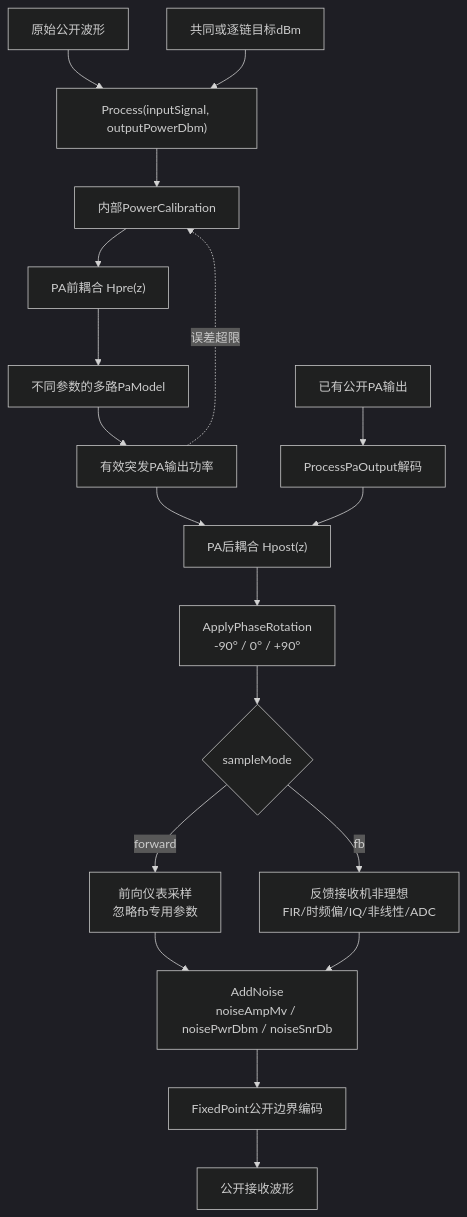
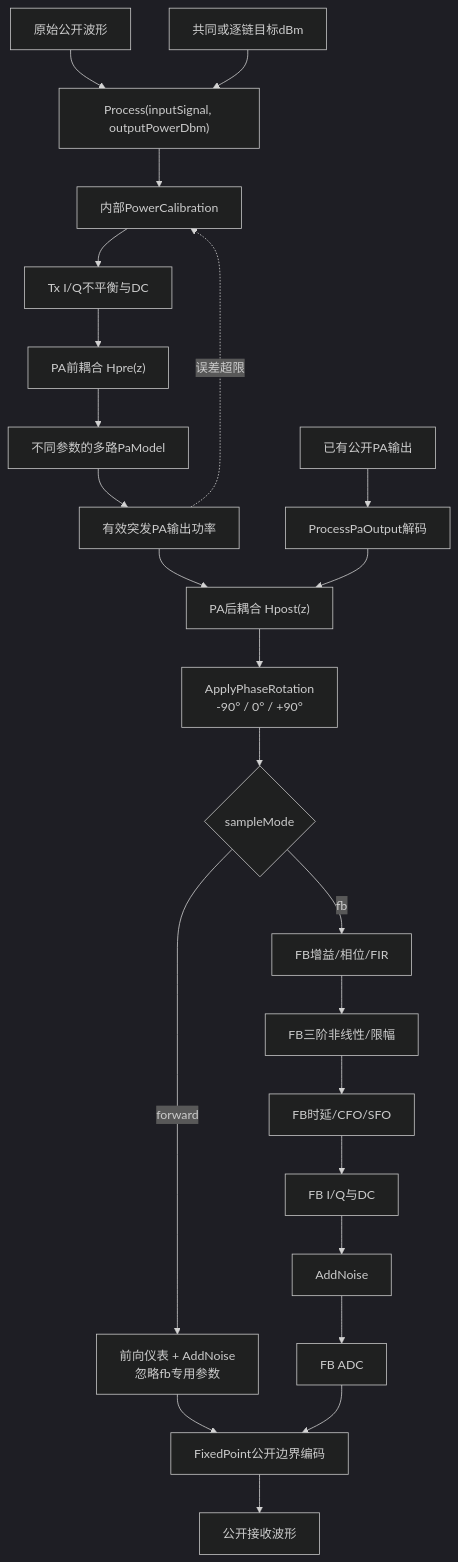
One commit to niyilu45/DPD_ILC changed diagram 12 of 20 in README.md. Above: the diagram before and after it, drawn with Mermaid (dark theme). The commit also changed other lines of this file and 8 other files, not shown here.

````diff
--- a/README.md
+++ b/README.md
@@ -581,21 +584,26 @@
 ```mermaid
 flowchart TD
     raw["原始公开波形"] --> process["Process(inputSignal, outputPowerDbm)"]
     target["共同或逐链目标dBm"] --> process
     process --> calibration["内部PowerCalibration"]
-    calibration --> pre["PA前耦合 Hpre(z)"]
+    calibration --> txIq["Tx I/Q不平衡与DC"]
+    txIq --> pre["PA前耦合 Hpre(z)"]
     pre --> pa["不同参数的多路PaModel"]
     pa --> detector["有效突发PA输出功率"]
     detector -. "误差超限" .-> calibration
     detector --> post["PA后耦合 Hpost(z)"]
     post --> phase["ApplyPhaseRotation<br/>-90° / 0° / +90°"]
     phase --> mode{"sampleMode"}
-    mode -->|forward| forward["前向仪表采样<br/>忽略fb专用参数"]
-    mode -->|fb| feedback["反馈接收机非理想<br/>FIR/时频偏/IQ/非线性/ADC"]
-    forward --> noise["AddNoise<br/>noiseAmpMv / noisePwrDbm / noiseSnrDb"]
-    feedback --> noise
-    noise --> encode["FixedPoint公开边界编码"]
+    mode -->|forward| forwardNoise["前向仪表 + AddNoise<br/>忽略fb专用参数"]
+    mode -->|fb| fbLinear["FB增益/相位/FIR"]
+    fbLinear --> fbNonlinear["FB三阶非线性/限幅"]
+    fbNonlinear --> fbSync["FB时延/CFO/SFO"]
+    fbSync --> fbIq["FB I/Q与DC"]
+    fbIq --> fbNoise["AddNoise"]
+    fbNoise --> fbAdc["FB ADC"]
+    forwardNoise --> encode["FixedPoint公开边界编码"]
+    fbAdc --> encode
     encode --> receiver["公开接收波形"]
     paOutput["已有公开PA输出"] --> paDecode["ProcessPaOutput解码"]
     paDecode --> post
 ```
````
